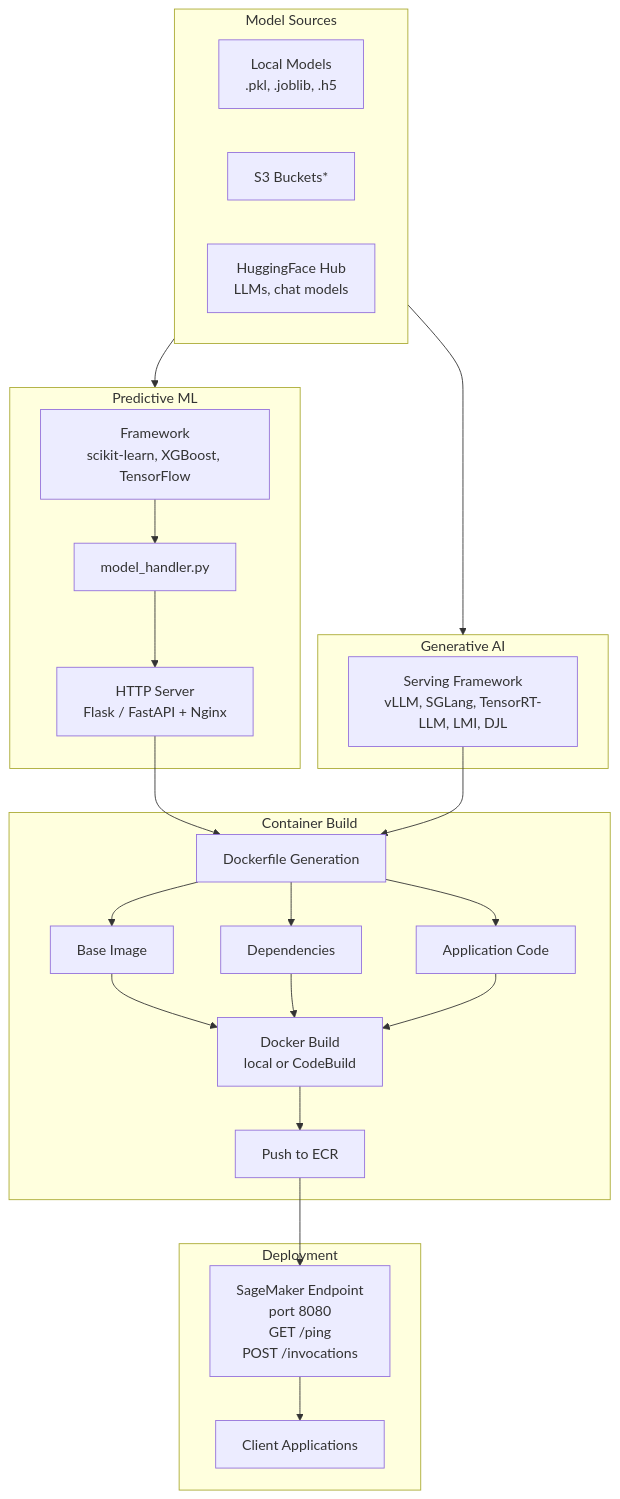
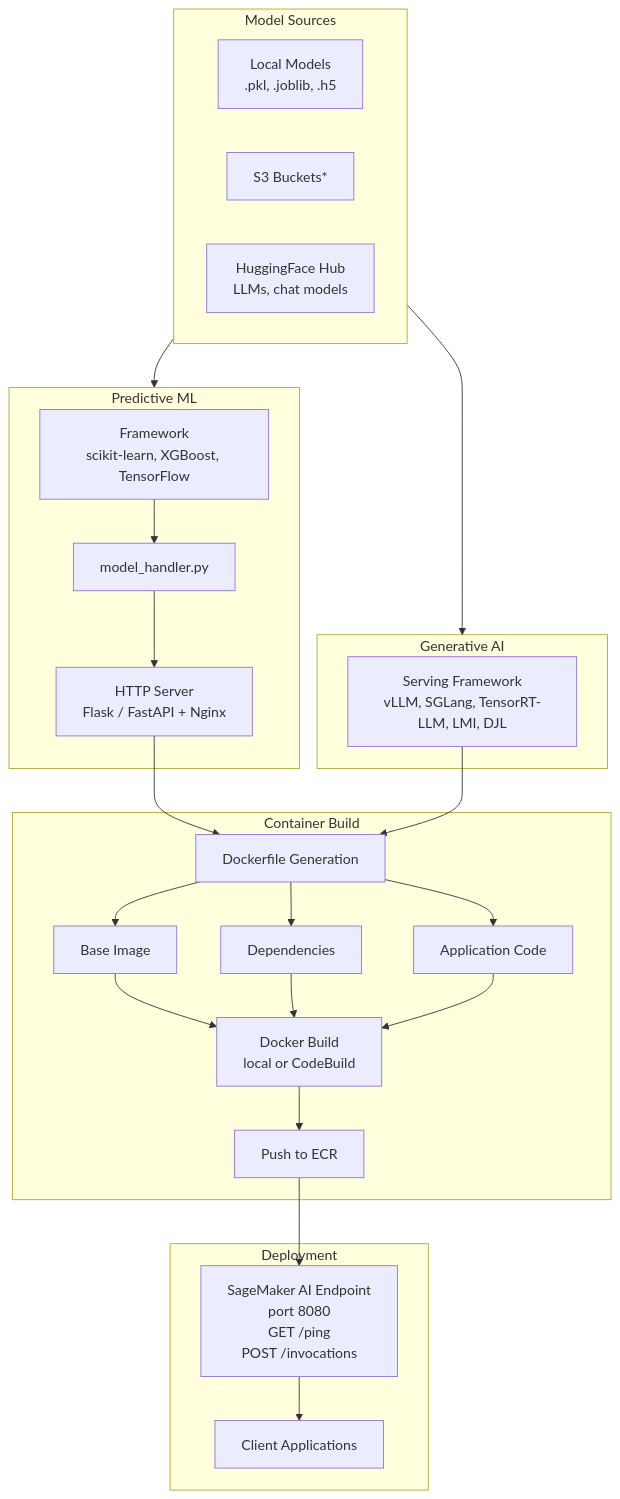
One commit to awslabs/ml-container-creator changed the second of 2 diagrams in docs/how-it-works.md. Above: the diagram before and after it, drawn with Mermaid. The commit also changed other lines of this file and 105 other files, not shown here.

First line of the commit message:
feat: schema-driven architecture + full codebase decomposition

````diff
--- a/docs/how-it-works.md
+++ b/docs/how-it-works.md
@@ -153,39 +158,39 @@
 ```mermaid
 flowchart TB
     subgraph sources["Model Sources"]
         local["Local Models<br/>.pkl, .joblib, .h5"]
         s3["S3 Buckets*"]
         hf["HuggingFace Hub<br/>LLMs, chat models"]
     end
 
     subgraph predict["Predictive ML"]
         pfw["Framework<br/>scikit-learn, XGBoost, TensorFlow"]
         handler["model_handler.py"]
         http["HTTP Server<br/>Flask / FastAPI + Nginx"]
     end
 
     subgraph genai["Generative AI"]
         gfw["Serving Framework<br/>vLLM, SGLang, TensorRT-LLM, LMI, DJL"]
     end
 
     subgraph container["Container Build"]
         dockerfile["Dockerfile Generation"]
         base["Base Image"]
         deps["Dependencies"]
         code["Application Code"]
         build["Docker Build<br/>local or CodeBuild"]
         ecr["Push to ECR"]
     end
 
     subgraph deploy["Deployment"]
-        endpoint["SageMaker Endpoint<br/>port 8080<br/>GET /ping<br/>POST /invocations"]
+        endpoint["SageMaker AI Endpoint<br/>port 8080<br/>GET /ping<br/>POST /invocations"]
         clients["Client Applications"]
     end
 
     sources --> predict & genai
     pfw --> handler --> http
     http --> dockerfile
     gfw --> dockerfile
     dockerfile --> base & deps & code
     base & deps & code --> build --> ecr --> endpoint --> clients
 ```
````
